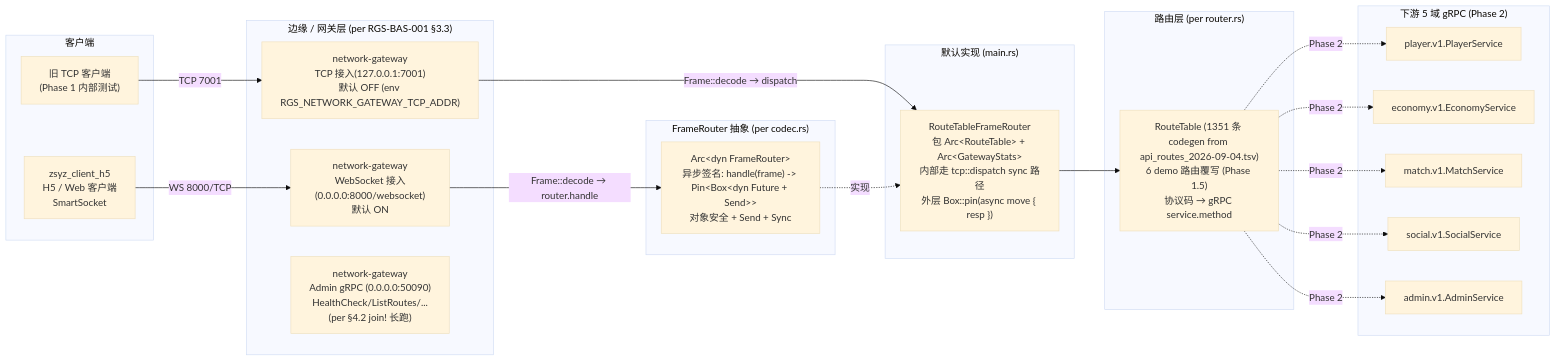
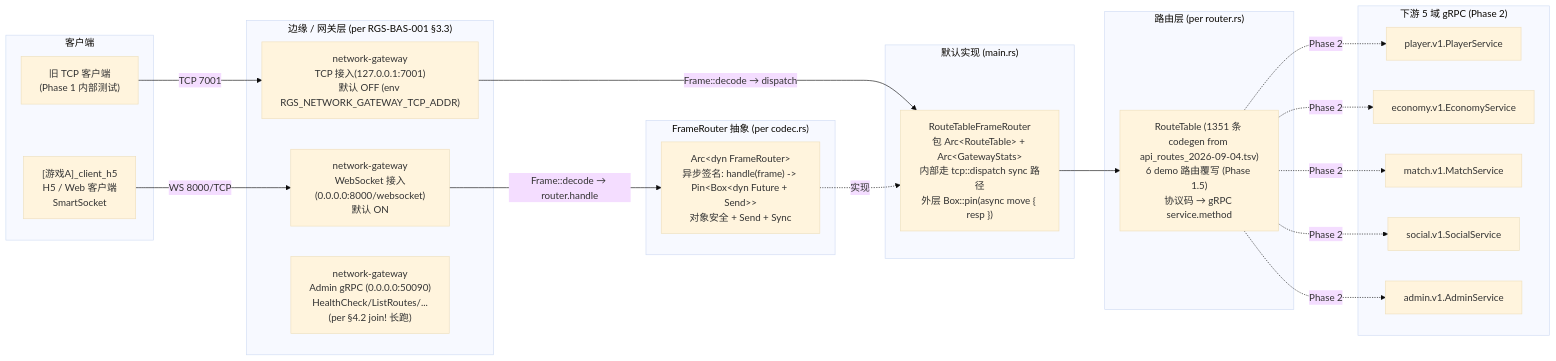
Before and after one commit to UlyssesLeoLee/RustGameServer: the first of 4 diagrams in docs/02-运维安全与网络/RGS-BAS-027_WebSocket网络网关_基本设计书.md, drawn with Mermaid (base theme). The commit also changed other lines of this file and 162 other files, not shown here.

````diff
--- a/docs/02-运维安全与网络/RGS-BAS-027_WebSocket网络网关_基本设计书.md
+++ b/docs/02-运维安全与网络/RGS-BAS-027_WebSocket网络网关_基本设计书.md
@@ -139,45 +139,45 @@
 ```mermaid
 flowchart LR
     subgraph Client["客户端"]
-        CApp["zsyz_client_h5<br/>H5 / Web 客户端<br/>SmartSocket"]
+        CApp["[游戏A]_client_h5<br/>H5 / Web 客户端<br/>SmartSocket"]
         CLegacy["旧 TCP 客户端<br/>(Phase 1 内部测试)"]
     end
 
     subgraph Edge["边缘 / 网关层 (per RGS-BAS-001 §3.3)"]
         GW_WS["network-gateway<br/>WebSocket 接入(0.0.0.0:8000/websocket)<br/>默认 ON"]
         GW_TCP["network-gateway<br/>TCP 接入(127.0.0.1:7001)<br/>默认 OFF (env RGS_NETWORK_GATEWAY_TCP_ADDR)"]
         GW_ADMIN["network-gateway<br/>Admin gRPC (0.0.0.0:50090)<br/>HealthCheck/ListRoutes/...<br/>(per §4.2 join! 长跑)"]
     end
 
     subgraph FrameRouter["FrameRouter 抽象 (per codec.rs)"]
         IFace["Arc&lt;dyn FrameRouter&gt;<br/>异步签名: handle(frame) -&gt; Pin&lt;Box&lt;dyn Future + Send&gt;&gt;<br/>对象安全 + Send + Sync"]
     end
 
     subgraph DefaultImpl["默认实现 (main.rs)"]
         Default["RouteTableFrameRouter<br/>包 Arc&lt;RouteTable&gt; + Arc&lt;GatewayStats&gt;<br/>内部走 tcp::dispatch sync 路径<br/>外层 Box::pin(async move { resp })"]
     end
 
     subgraph Router["路由层 (per router.rs)"]
         RT["RouteTable (1351 条 codegen from api_routes_2026-09-04.tsv)<br/>6 demo 路由覆写 (Phase 1.5)<br/>协议码 → gRPC service.method"]
     end
 
     subgraph Domain["下游 5 域 gRPC (Phase 2)"]
         Player["player.v1.PlayerService"]
         Economy["economy.v1.EconomyService"]
         Match["match.v1.MatchService"]
         Social["social.v1.SocialService"]
         Admin["admin.v1.AdminService"]
     end
 
     CApp -->|WS 8000/TCP| GW_WS
     CLegacy -->|TCP 7001| GW_TCP
     GW_WS -->|Frame::decode → router.handle| IFace
     GW_TCP -->|Frame::decode → dispatch| Default
     IFace -.实现.-> Default
     Default --> RT
     RT -.Phase 2.-> Player
     RT -.Phase 2.-> Economy
     RT -.Phase 2.-> Match
     RT -.Phase 2.-> Social
     RT -.Phase 2.-> Admin
 ```
````
